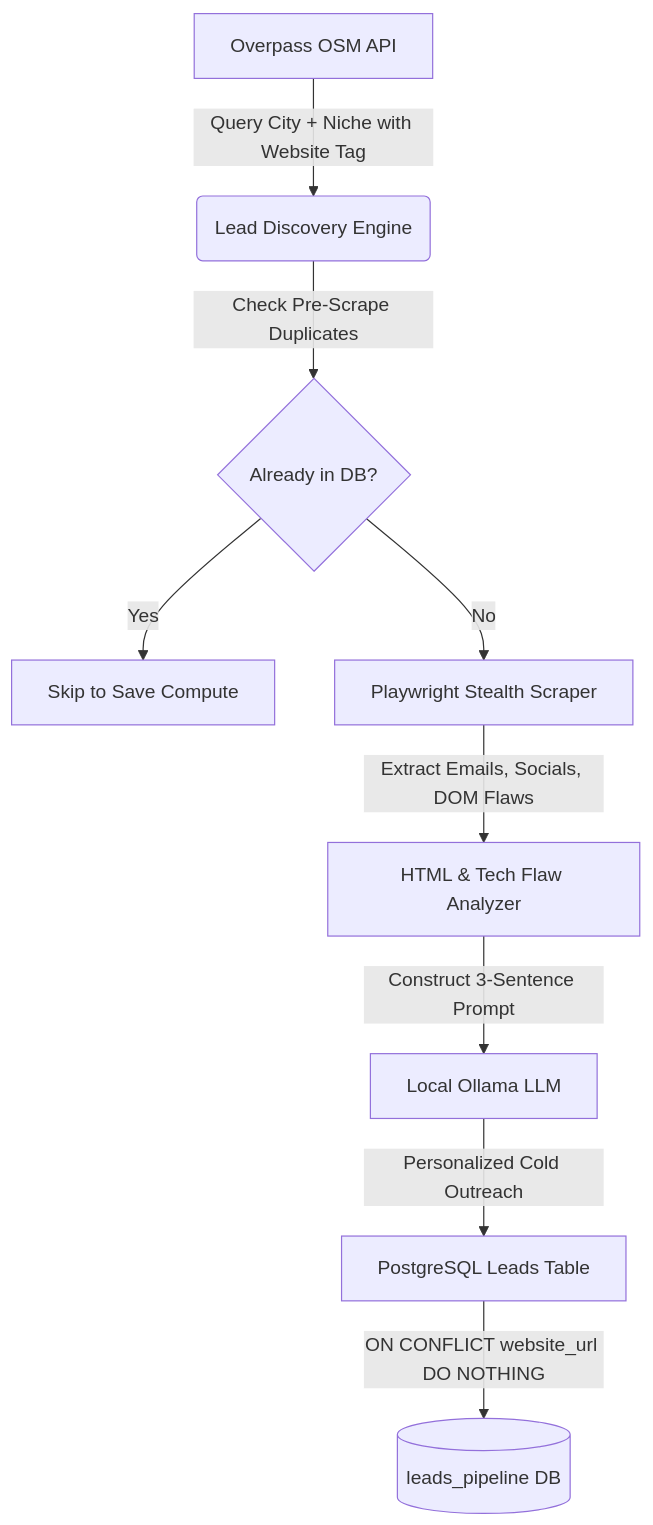
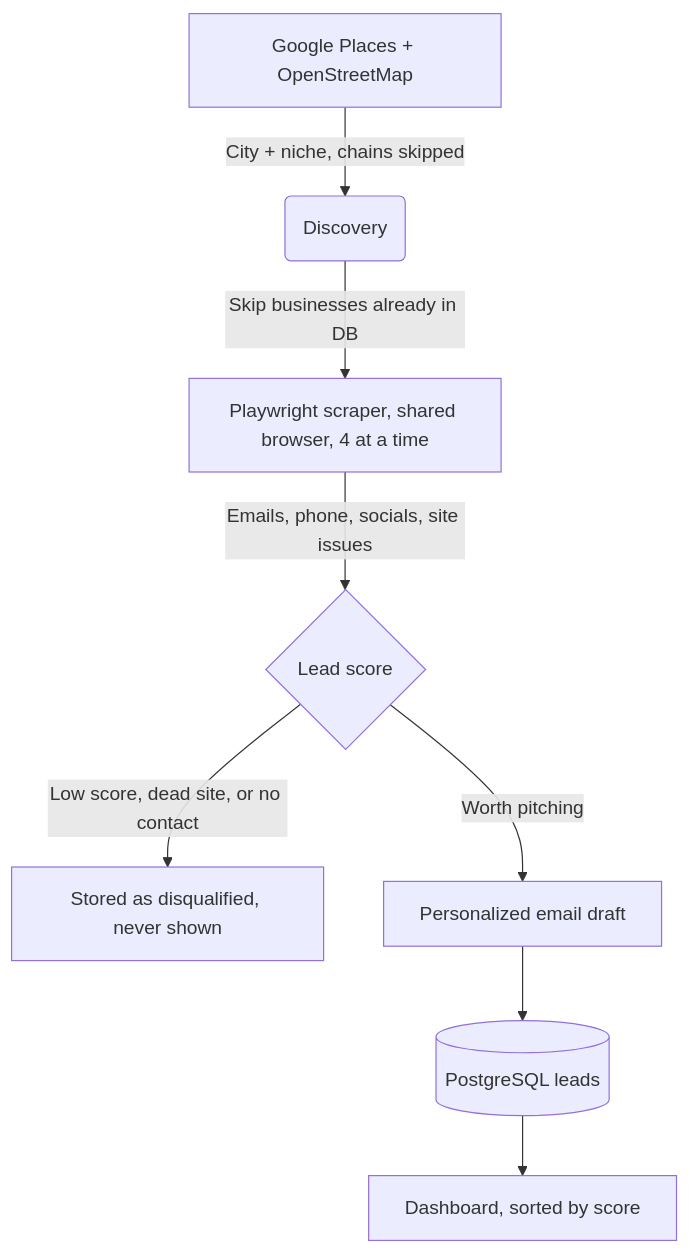
One commit to Vishwas721/Sisu changed the diagram in README.md. Above: the diagram before and after it, drawn with Mermaid. The commit also changed other lines of this file, not shown here.

Commit message:
Rewrite README for scoring, Google Places and new email drafts

````diff
--- a/README.md
+++ b/README.md
@@ -9,11 +9,10 @@
 ```mermaid
 flowchart TD
-    A[Overpass OSM API] -->|Query City + Niche with Website Tag| B(Lead Discovery Engine)
-    B -->|Check Pre-Scrape Duplicates| C{Already in DB?}
-    C -->|Yes| D[Skip to Save Compute]
-    C -->|No| E[Playwright Stealth Scraper]
-    E -->|Extract Emails, Socials, DOM Flaws| F[HTML & Tech Flaw Analyzer]
-    F -->|Construct 3-Sentence Prompt| G[Local Ollama LLM]
-    G -->|Personalized Cold Outreach| H[PostgreSQL Leads Table]
-    H -->|ON CONFLICT website_url DO NOTHING| I[(leads_pipeline DB)]
+    A[Google Places + OpenStreetMap] -->|City + niche, chains skipped| B(Discovery)
+    B -->|Skip businesses already in DB| C[Playwright scraper, shared browser, 4 at a time]
+    C -->|Emails, phone, socials, site issues| D{Lead score}
+    D -->|Low score, dead site, or no contact| E[Stored as disqualified, never shown]
+    D -->|Worth pitching| F[Personalized email draft]
+    F --> G[(PostgreSQL leads)]
+    G --> H[Dashboard, sorted by score]
 ```
````
